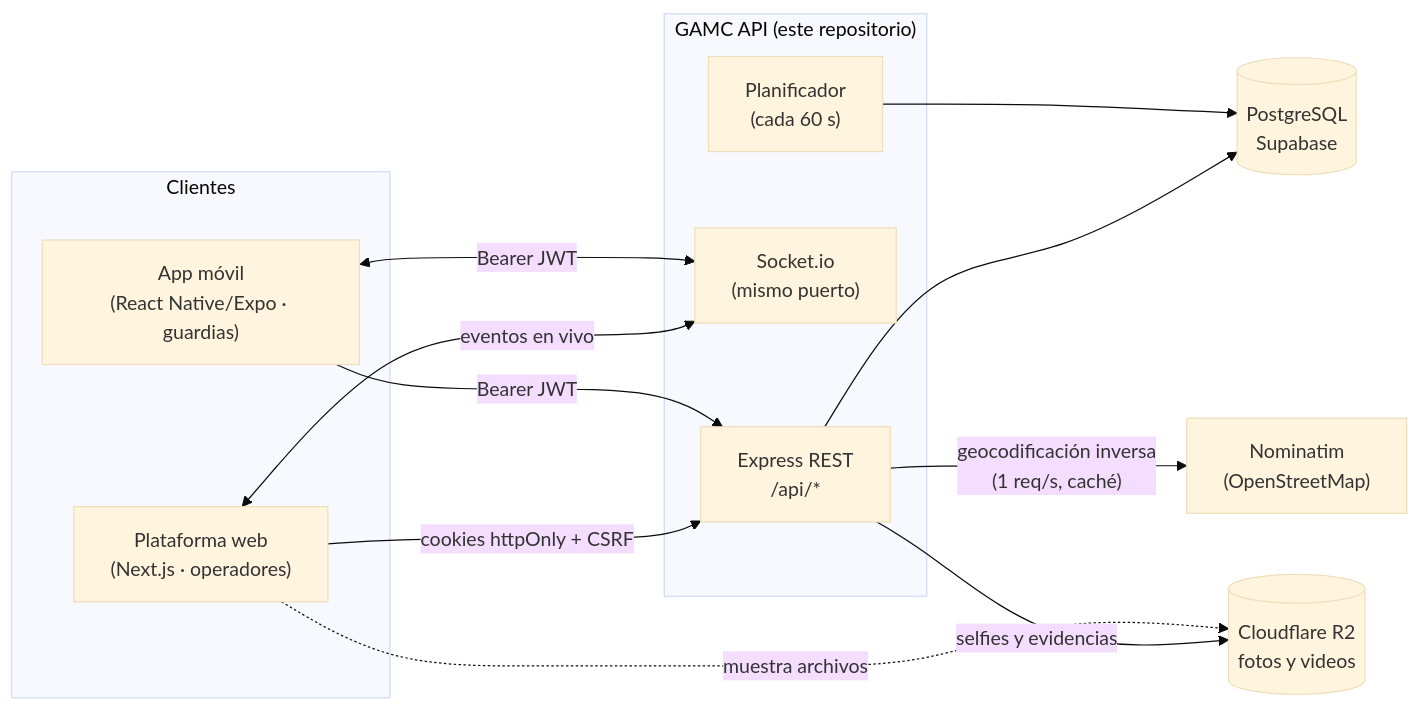
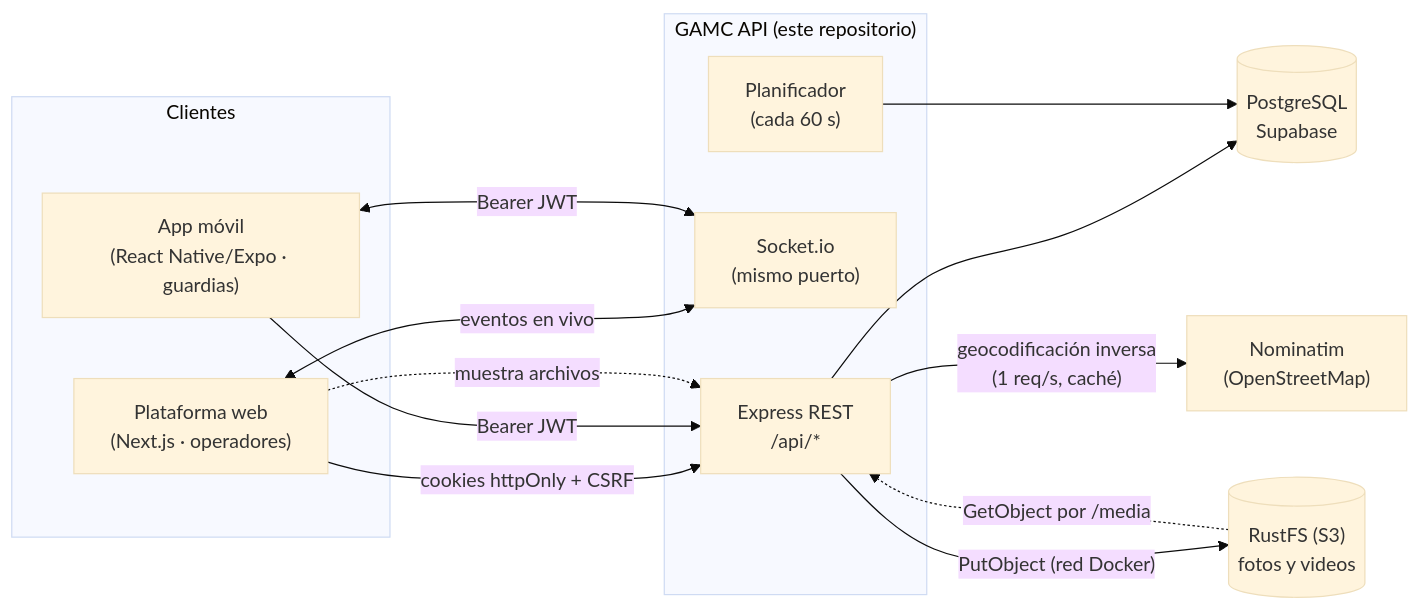
One commit to RodrigoKND/gamc-backend changed the first of 4 diagrams in docs/01-arquitectura.md. Above: the diagram before and after it, drawn with Mermaid (base theme). The commit also changed other lines of this file and 20 other files, not shown here.

````diff
--- a/docs/01-arquitectura.md
+++ b/docs/01-arquitectura.md
@@ -10,27 +10,28 @@
 ```mermaid
 flowchart LR
     subgraph Clientes
         WEB["Plataforma web<br/>(Next.js · operadores)"]
         APP["App móvil<br/>(React Native/Expo · guardias)"]
     end
 
     subgraph Backend["GAMC API (este repositorio)"]
         HTTP["Express REST<br/>/api/*"]
         WS["Socket.io<br/>(mismo puerto)"]
         PLAN["Planificador<br/>(cada 60 s)"]
     end
 
     DB[("PostgreSQL<br/>Supabase")]
     OSM["Nominatim<br/>(OpenStreetMap)"]
-    R2[("Cloudflare R2<br/>fotos y videos")]
+    R2[("RustFS (S3)<br/>fotos y videos")]
 
     WEB -- "cookies httpOnly + CSRF" --> HTTP
     WEB <-- "eventos en vivo" --> WS
     APP -- "Bearer JWT" --> HTTP
     APP <-- "Bearer JWT" --> WS
     HTTP --> DB
-    HTTP -- "selfies y evidencias" --> R2
-    WEB -. "muestra archivos" .-> R2
+    HTTP -- "PutObject (red Docker)" --> R2
+    R2 -. "GetObject por /media" .-> HTTP
+    WEB -. "muestra archivos" .-> HTTP
     PLAN --> DB
     HTTP -- "geocodificación inversa<br/>(1 req/s, caché)" --> OSM
 ```
````
